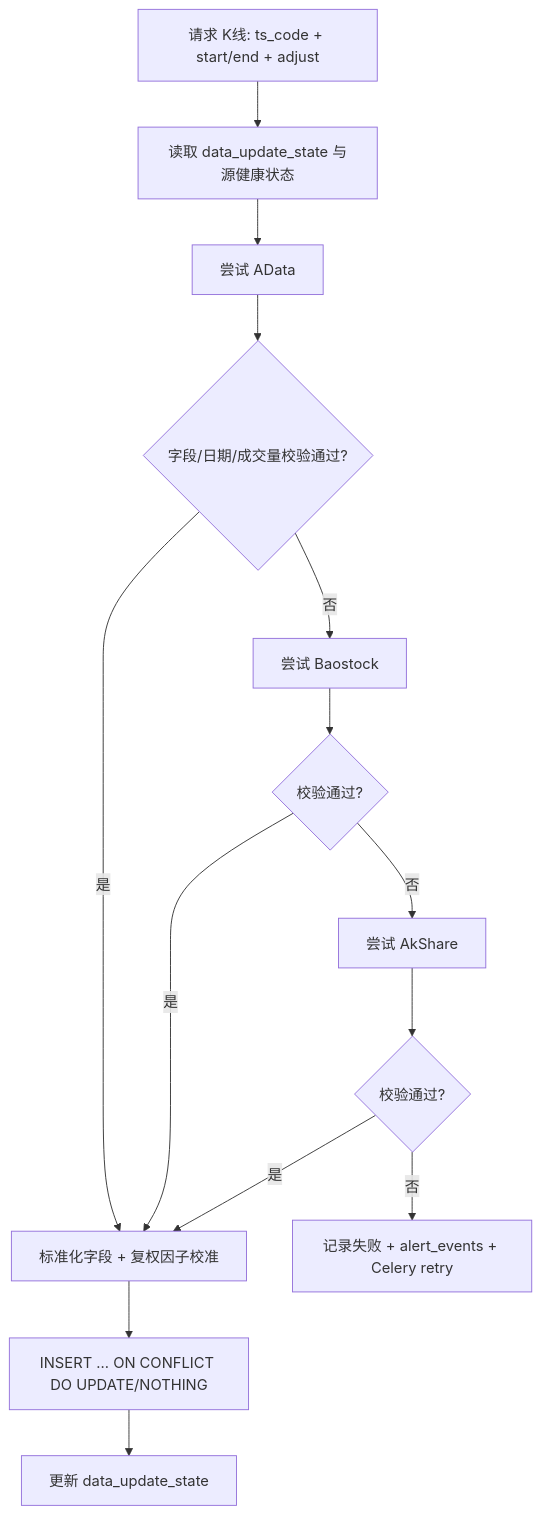
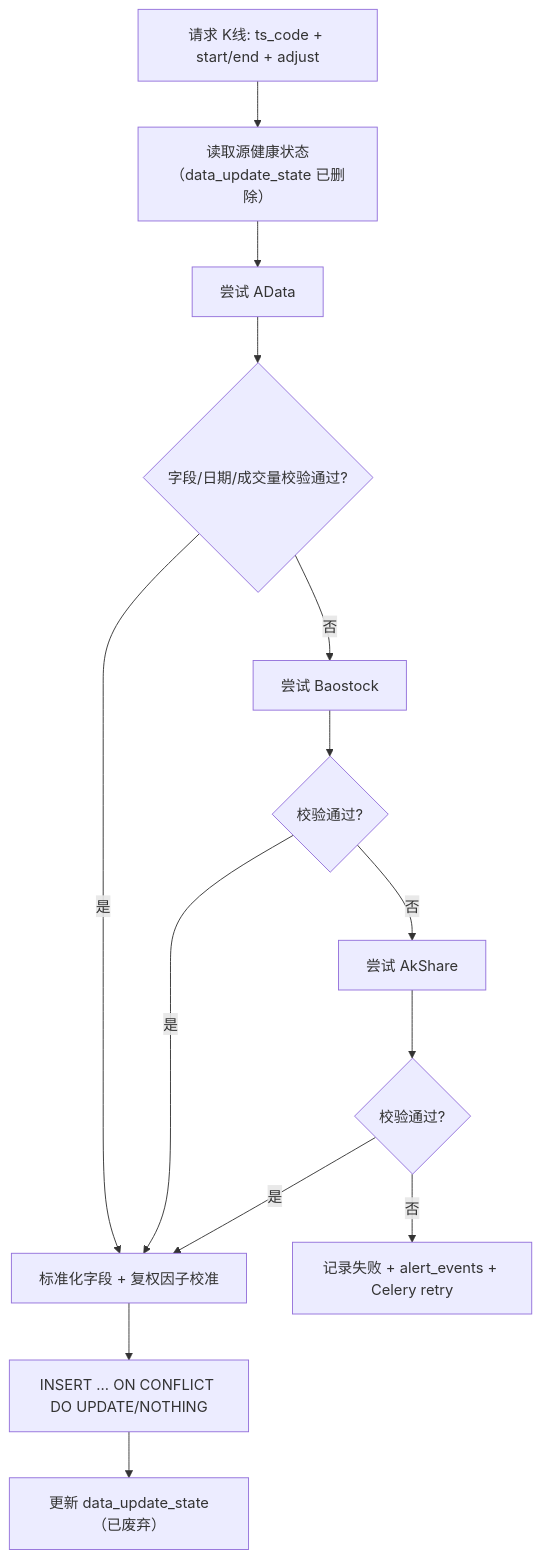
The second of 6 diagrams in docs/finally-design.md (Diaoff/LeekQuant), drawn with Mermaid before and after one commit. The commit also changed other lines of this file and 8 other files, not shown here.

````diff
--- a/docs/finally-design.md
+++ b/docs/finally-design.md
@@ -760,16 +773,16 @@
 ```mermaid
 flowchart TD
-    Start["请求 K线: ts_code + start/end + adjust"] --> CheckState["读取 data_update_state 与源健康状态"]
+    Start["请求 K线: ts_code + start/end + adjust"] --> CheckState["读取源健康状态（data_update_state 已删除）"]
     CheckState --> AData["尝试 AData"]
     AData --> ValidateA{"字段/日期/成交量校验通过?"}
     ValidateA -->|是| Normalize["标准化字段 + 复权因子校准"]
     ValidateA -->|否| Bao["尝试 Baostock"]
     Bao --> ValidateB{"校验通过?"}
     ValidateB -->|是| Normalize
     ValidateB -->|否| Ak["尝试 AkShare"]
     Ak --> ValidateC{"校验通过?"}
     ValidateC -->|是| Normalize
     ValidateC -->|否| Fail["记录失败 + alert_events + Celery retry"]
     Normalize --> Upsert["INSERT ... ON CONFLICT DO UPDATE/NOTHING"]
-    Upsert --> State["更新 data_update_state"]
+    Upsert --> State["更新 data_update_state（已废弃）"]
 ```
````
